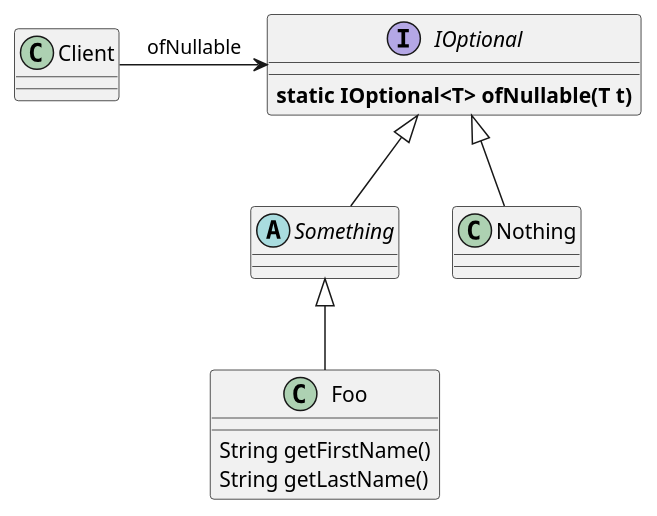
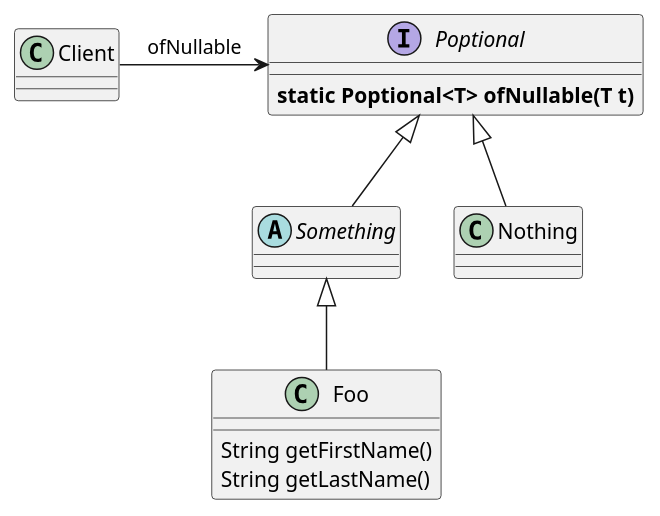
Before and after one commit to vivekmore/optional4j: the diagram in ioptional-specification/src/main/resources/ioptional-class-diagram.puml, drawn with PlantUML. The commit also changed 33 other files, not shown here.

```diff
--- a/ioptional-specification/src/main/resources/ioptional-class-diagram.puml
+++ b/ioptional-specification/src/main/resources/ioptional-class-diagram.puml
@@ -1,19 +1,19 @@
 @startuml
 
 class Client{
 }
-interface IOptional{
-    <B>static IOptional<T> ofNullable(T t)
+interface Poptional{
+    <B>static Poptional<T> ofNullable(T t)
 }
 abstract class Something
 class Nothing
 class Foo {
     String getFirstName()
     String getLastName()
 }
 
-IOptional <|-- Something
-IOptional <|-- Nothing
+Poptional <|-- Something
+Poptional <|-- Nothing
 Something <|-- Foo
-Client -> IOptional: ofNullable
+Client -> Poptional: ofNullable
 @enduml
```
